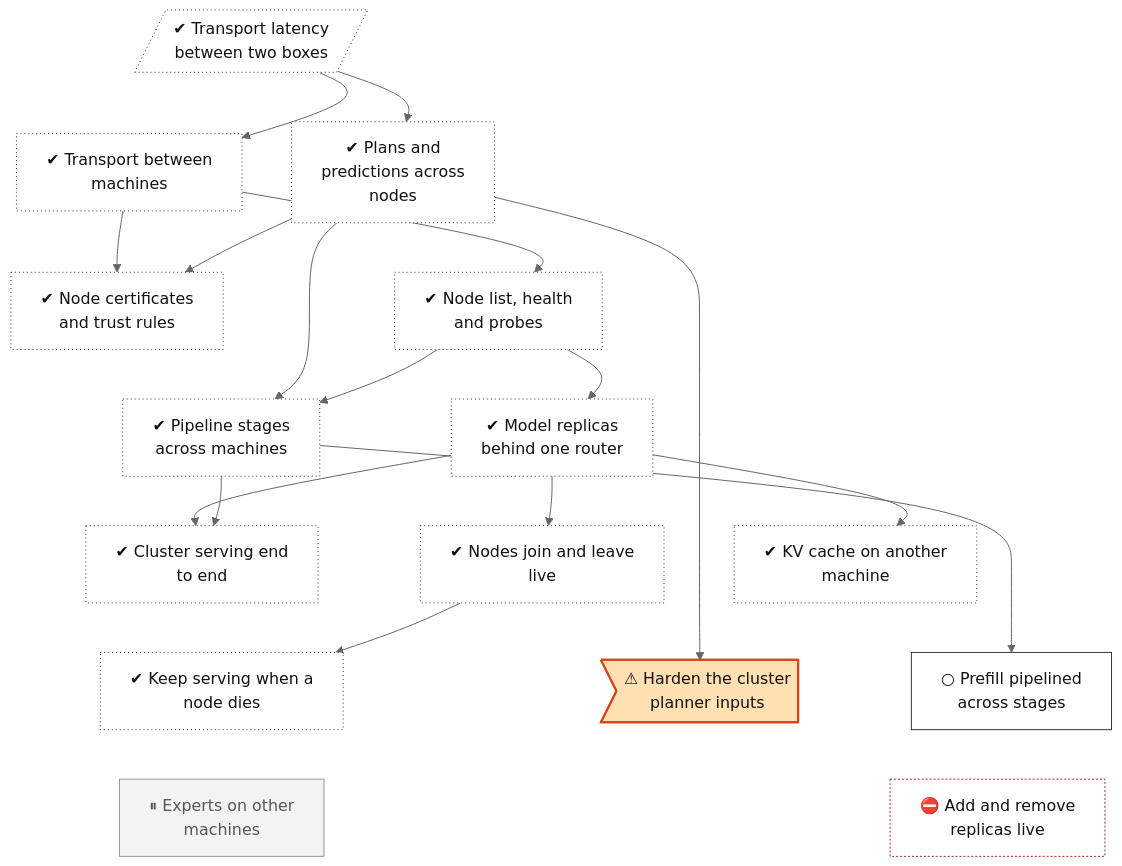
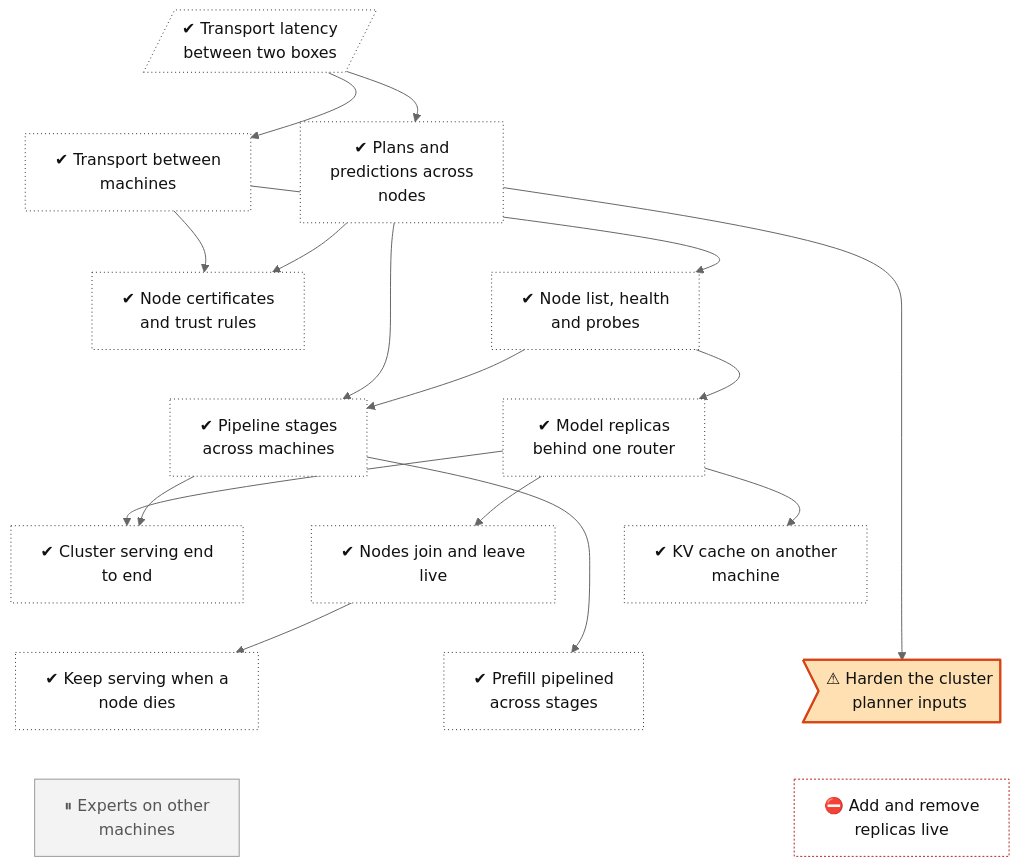
One commit to lhns/tetraeder changed the diagram in docs/roadmap/tracks/cluster.md. Above: the diagram before and after it, drawn with Mermaid (neutral theme). The commit also changed other lines of this file and 4 other files, not shown here.

First line of the commit message:
Phase 6 pipelined prefill (ADR 0077, 0091); not measured

````diff
--- a/docs/roadmap/tracks/cluster.md
+++ b/docs/roadmap/tracks/cluster.md
@@ -10,67 +10,66 @@
 ```mermaid
 flowchart TB
     cluster_transport_wan[/"✔ Transport latency<br/>between two boxes"/]
     cluster_transport["✔ Transport between<br/>machines"]
     cluster_planner["✔ Plans and<br/>predictions across<br/>nodes"]
     cluster_mtls["✔ Node certificates<br/>and trust rules"]
     cluster_discovery["✔ Node list, health<br/>and probes"]
     cluster_pipeline_nodes["✔ Pipeline stages<br/>across machines"]
     cluster_replicas["✔ Model replicas<br/>behind one router"]
     cluster_integration["✔ Cluster serving end<br/>to end"]
     cluster_join_leave["✔ Nodes join and leave<br/>live"]
     cluster_remote_kv["✔ KV cache on another<br/>machine"]
     cluster_failover["✔ Keep serving when a<br/>node dies"]
+    cluster_pipeline_prefill["✔ Prefill pipelined<br/>across stages"]
     cluster_planner_hardening>"⚠ Harden the cluster<br/>planner inputs"]
-    cluster_pipeline_prefill["○ Prefill pipelined<br/>across stages"]
     cluster_experts_nodes["⏸ Experts on other<br/>machines"]
     cluster_replica_scaling["⛔ Add and remove<br/>replicas live"]
     cluster_transport_wan ~~~ cluster_transport
     cluster_transport_wan ~~~ cluster_planner
     cluster_transport ~~~ cluster_mtls
     cluster_planner ~~~ cluster_discovery
     cluster_mtls ~~~ cluster_pipeline_nodes
     cluster_discovery ~~~ cluster_replicas
     cluster_pipeline_nodes ~~~ cluster_integration
     cluster_replicas ~~~ cluster_join_leave
     cluster_replicas ~~~ cluster_remote_kv
     cluster_integration ~~~ cluster_failover
-    cluster_join_leave ~~~ cluster_planner_hardening
-    cluster_remote_kv ~~~ cluster_pipeline_prefill
+    cluster_join_leave ~~~ cluster_pipeline_prefill
+    cluster_remote_kv ~~~ cluster_planner_hardening
     cluster_failover ~~~ cluster_experts_nodes
+    cluster_pipeline_prefill ~~~ cluster_replica_scaling
     cluster_planner_hardening ~~~ cluster_replica_scaling
-    cluster_pipeline_prefill ~~~ cluster_replica_scaling
     cluster_transport_wan --> cluster_transport
     cluster_transport_wan --> cluster_planner
     cluster_transport --> cluster_mtls
     cluster_planner --> cluster_mtls
     cluster_transport --> cluster_discovery
     cluster_planner --> cluster_pipeline_nodes
     cluster_discovery --> cluster_pipeline_nodes
     cluster_discovery --> cluster_replicas
     cluster_replicas --> cluster_integration
     cluster_pipeline_nodes --> cluster_integration
     cluster_replicas --> cluster_join_leave
     cluster_replicas --> cluster_remote_kv
     cluster_join_leave --> cluster_failover
+    cluster_pipeline_nodes --> cluster_pipeline_prefill
     cluster_planner --> cluster_planner_hardening
-    cluster_pipeline_nodes --> cluster_pipeline_prefill
     classDef vsucc fill:#2e9e4f,stroke:#1b6b34,color:#fff
     classDef succ fill:#bfe8c8,stroke:#2e9e4f,color:#111
     classDef mixed fill:#ffd37a,stroke:#c98a00,color:#111
     classDef bad fill:#f28b82,stroke:#b3261e,color:#111
     classDef dead fill:#e6e6e6,stroke:#777,stroke-dasharray:5 5,color:#555
     classDef inprog fill:#a8cdf5,stroke:#1f6fc5,color:#111
     classDef next fill:#fff,stroke:#333,color:#111
     classDef blocked fill:#fff,stroke:#b3261e,stroke-dasharray:2 2,color:#111
     classDef parked fill:#f3f3f3,stroke:#999,color:#555
     classDef unrated fill:#fff,stroke:#333,stroke-dasharray:1 3,color:#111
     classDef gate fill:#d9c2f0,stroke:#7b3fb5,color:#111
     classDef decided fill:#ece0f7,stroke:#7b3fb5,stroke-dasharray:2 2,color:#111
     classDef finding fill:#ffe0b2,stroke:#d84315,stroke-width:2px,color:#111
     classDef waiting fill:#e3f2fd,stroke:#1f6fc5,stroke-dasharray:5 5,color:#111
-    class cluster_transport_wan,cluster_transport,cluster_planner,cluster_mtls,cluster_discovery,cluster_pipeline_nodes,cluster_replicas,cluster_integration,cluster_join_leave,cluster_remote_kv,cluster_failover unrated
+    class cluster_transport_wan,cluster_transport,cluster_planner,cluster_mtls,cluster_discovery,cluster_pipeline_nodes,cluster_replicas,cluster_integration,cluster_join_leave,cluster_remote_kv,cluster_failover,cluster_pipeline_prefill unrated
     class cluster_planner_hardening finding
-    class cluster_pipeline_prefill next
     class cluster_experts_nodes parked
     class cluster_replica_scaling blocked
 ```
````
